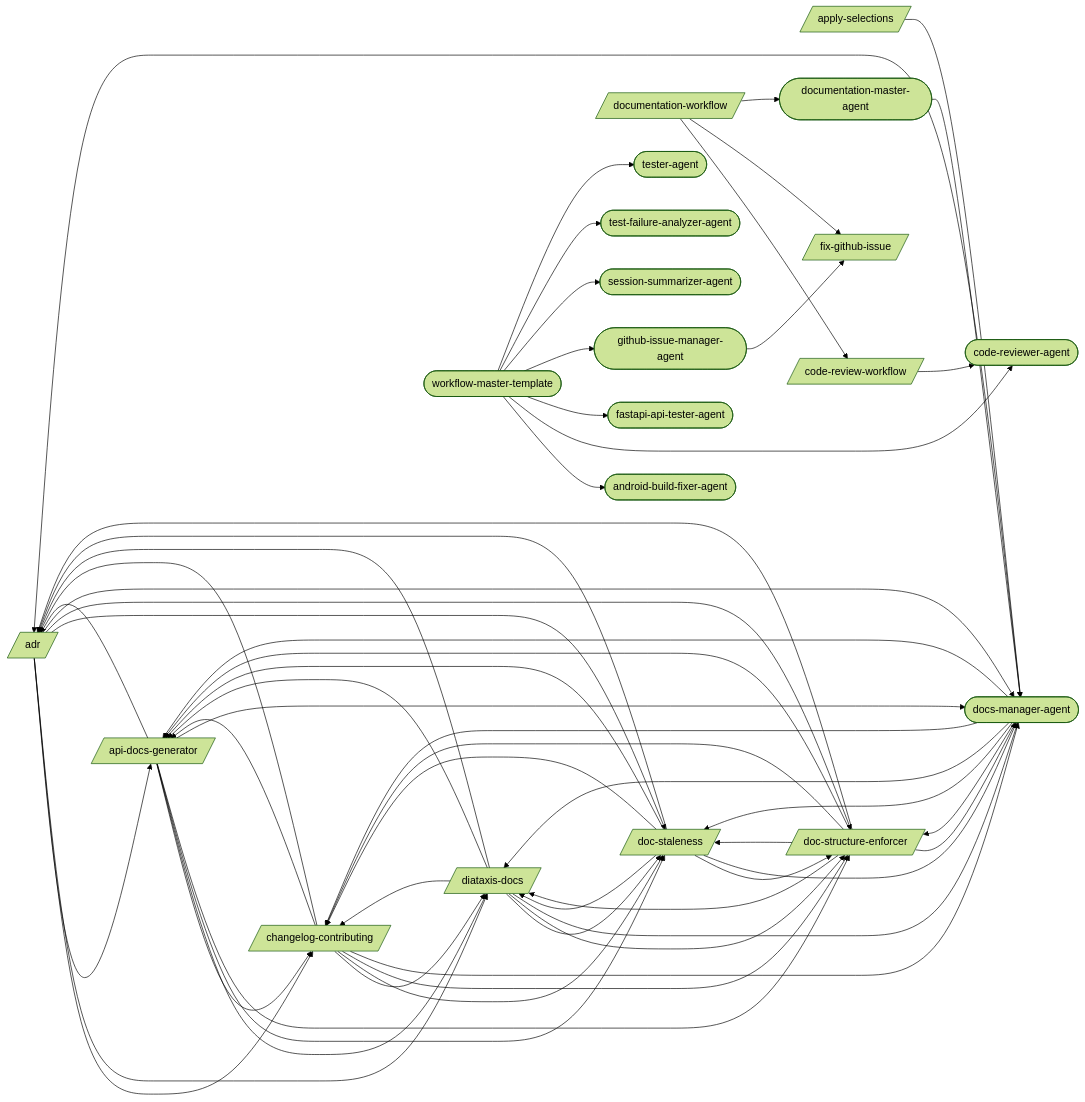
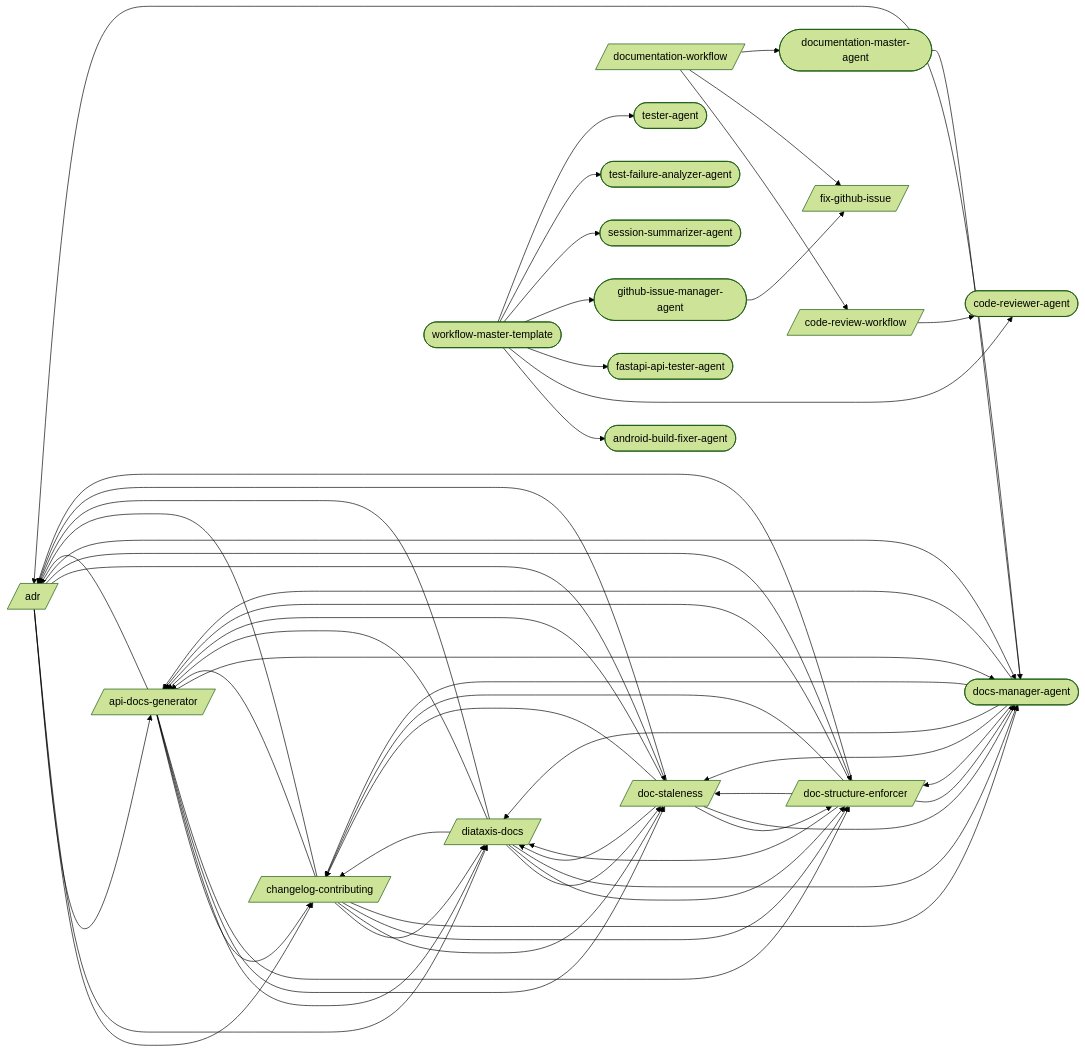
The first of 13 diagrams in docs/workflows/documentation.md (abhayla/claude-best-practices), drawn with Mermaid (forest theme) before and after one commit. The commit also changed other lines of this file and 76 other files, not shown here.

````diff
--- a/docs/workflows/documentation.md
+++ b/docs/workflows/documentation.md
@@ -9,79 +11,77 @@
 ```mermaid
 graph LR
     adr[/adr/]
     api_docs_generator[/api-docs-generator/]
-    apply_selections[/apply-selections/]
     changelog_contributing[/changelog-contributing/]
     code_review_workflow[/code-review-workflow/]
     diataxis_docs[/diataxis-docs/]
     doc_staleness[/doc-staleness/]
     doc_structure_enforcer[/doc-structure-enforcer/]
     documentation_workflow[/documentation-workflow/]
     fix_github_issue[/fix-github-issue/]
     android_build_fixer_agent([android-build-fixer-agent])
     code_reviewer_agent([code-reviewer-agent])
     docs_manager_agent([docs-manager-agent])
     documentation_master_agent([documentation-master-agent])
     fastapi_api_tester_agent([fastapi-api-tester-agent])
     github_issue_manager_agent([github-issue-manager-agent])
     session_summarizer_agent([session-summarizer-agent])
     test_failure_analyzer_agent([test-failure-analyzer-agent])
     tester_agent([tester-agent])
     workflow_master_template([workflow-master-template])
     adr --> api_docs_generator
     adr --> changelog_contributing
     adr --> diataxis_docs
     adr --> doc_staleness
     adr --> doc_structure_enforcer
     adr --> docs_manager_agent
     api_docs_generator --> adr
     api_docs_generator --> changelog_contributing
     api_docs_generator --> diataxis_docs
     api_docs_generator --> doc_staleness
     api_docs_generator --> doc_structure_enforcer
     api_docs_generator --> docs_manager_agent
-    apply_selections --> docs_manager_agent
     changelog_contributing --> adr
     changelog_contributing --> api_docs_generator
     changelog_contributing --> diataxis_docs
     changelog_contributing --> doc_staleness
     changelog_contributing --> doc_structure_enforcer
     changelog_contributing --> docs_manager_agent
     code_review_workflow --> code_reviewer_agent
     diataxis_docs --> adr
     diataxis_docs --> api_docs_generator
     diataxis_docs --> changelog_contributing
     diataxis_docs --> doc_staleness
     diataxis_docs --> doc_structure_enforcer
     diataxis_docs --> docs_manager_agent
     doc_staleness --> adr
     doc_staleness --> api_docs_generator
     doc_staleness --> changelog_contributing
     doc_staleness --> diataxis_docs
     doc_staleness --> doc_structure_enforcer
     doc_staleness --> docs_manager_agent
     doc_structure_enforcer --> adr
     doc_structure_enforcer --> api_docs_generator
     doc_structure_enforcer --> changelog_contributing
     doc_structure_enforcer --> diataxis_docs
     doc_structure_enforcer --> doc_staleness
     doc_structure_enforcer --> docs_manager_agent
     documentation_workflow --> code_review_workflow
     documentation_workflow --> fix_github_issue
     documentation_workflow --> documentation_master_agent
     docs_manager_agent --> adr
     docs_manager_agent --> api_docs_generator
     docs_manager_agent --> changelog_contributing
     docs_manager_agent --> diataxis_docs
     docs_manager_agent --> doc_staleness
     docs_manager_agent --> doc_structure_enforcer
     documentation_master_agent --> docs_manager_agent
     github_issue_manager_agent --> fix_github_issue
     workflow_master_template --> android_build_fixer_agent
     workflow_master_template --> code_reviewer_agent
     workflow_master_template --> fastapi_api_tester_agent
     workflow_master_template --> github_issue_manager_agent
     workflow_master_template --> session_summarizer_agent
     workflow_master_template --> test_failure_analyzer_agent
     workflow_master_template --> tester_agent
 ```
````
